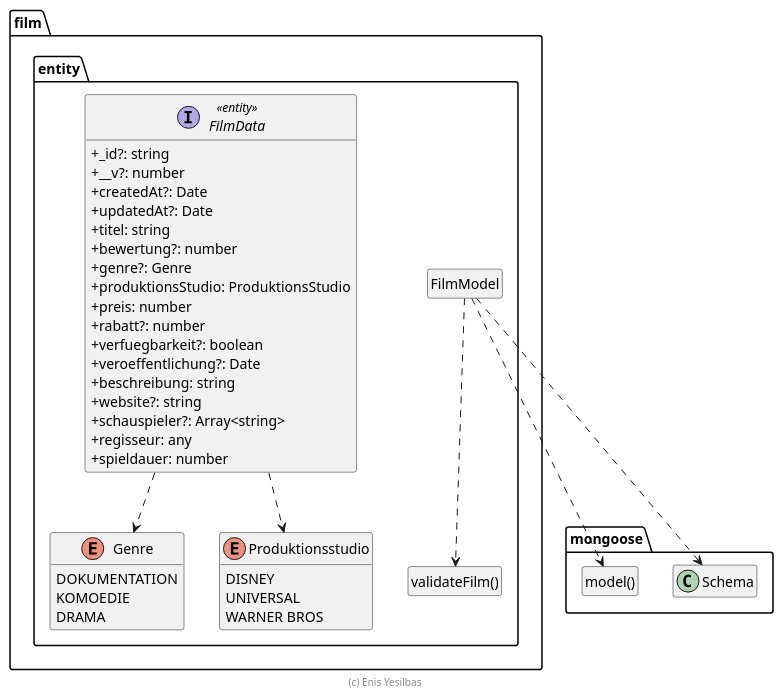
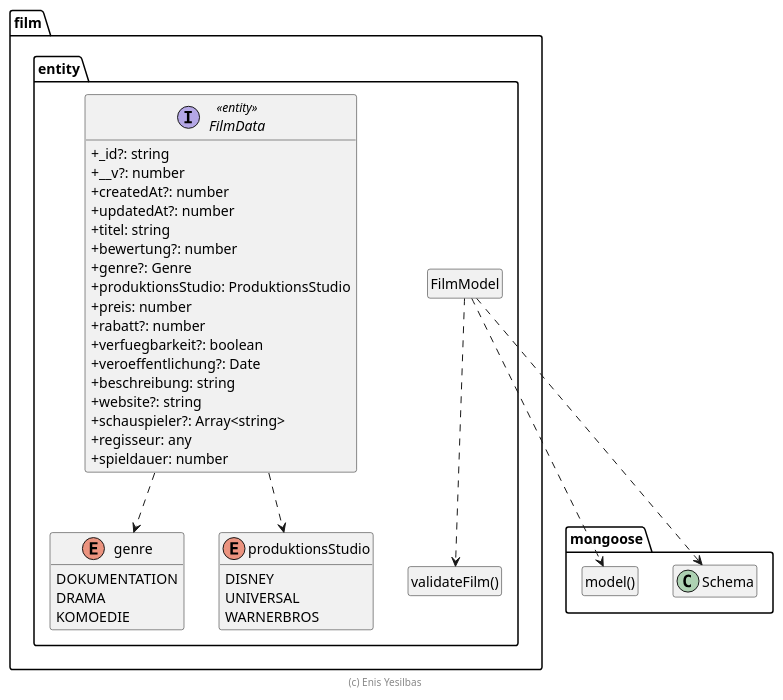
One commit to tanermemili/ss21_swe_grp5_abgabe1-1 changed the diagram in doc/entwicklerhandbuch/Film.puml. Above: the diagram before and after it, drawn with PlantUML. The commit also changed other lines of this file and 5 other files, not shown here.

Commit message:
Fertiges Entwicklerhandbuch mit den dazugehörigen PlantUML-Diagrammen + die .adoc-Datei der reveal.js-Folien

```diff
--- a/doc/entwicklerhandbuch/Film.puml
+++ b/doc/entwicklerhandbuch/Film.puml
@@ -2,65 +15,65 @@
 @startuml Anwendungskern
 
 !pragma useNewPackage
 skinparam classAttributeIconSize 0
 skinparam componentStyle uml2
 
 package mongoose {
   class Schema
 
   class "model()" as model
   hide model circle
 }
 
 package film.entity {
   class "validateFilm()" as validateFilm
   hide validateFilm circle
 
   class FilmModel
   hide FilmModel circle
 
   FilmModel ..> Schema
   FilmModel ..> model
   FilmModel ..> validateFilm
 
-  FilmData ..> Genre
-  FilmData ..> Produktionsstudio
+  FilmData ..> genre
+  FilmData ..> produktionsStudio
 
-  enum Genre {
+  enum genre {
     DOKUMENTATION
+    DRAMA
     KOMOEDIE
-    DRAMA
   }
 
-  enum Produktionsstudio {
+  enum produktionsStudio {
     DISNEY
     UNIVERSAL
-    WARNER BROS
+    WARNERBROS
   }
 
   interface FilmData <<entity>> {
     + _id?: string
     + __v?: number
-    + createdAt?: Date
-    + updatedAt?: Date
+    + createdAt?: number
+    + updatedAt?: number
     + titel: string
     + bewertung?: number
     + genre?: Genre
     + produktionsStudio: ProduktionsStudio
     + preis: number
     + rabatt?: number
     + verfuegbarkeit?: boolean
     + veroeffentlichung?: Date
     + beschreibung: string
     + website?: string
     + schauspieler?: Array<string>
     + regisseur: any
     + spieldauer: number
   }
 }
 
 hide empty members
 
 footer (c) Enis Yesilbas
 
 @enduml
```
